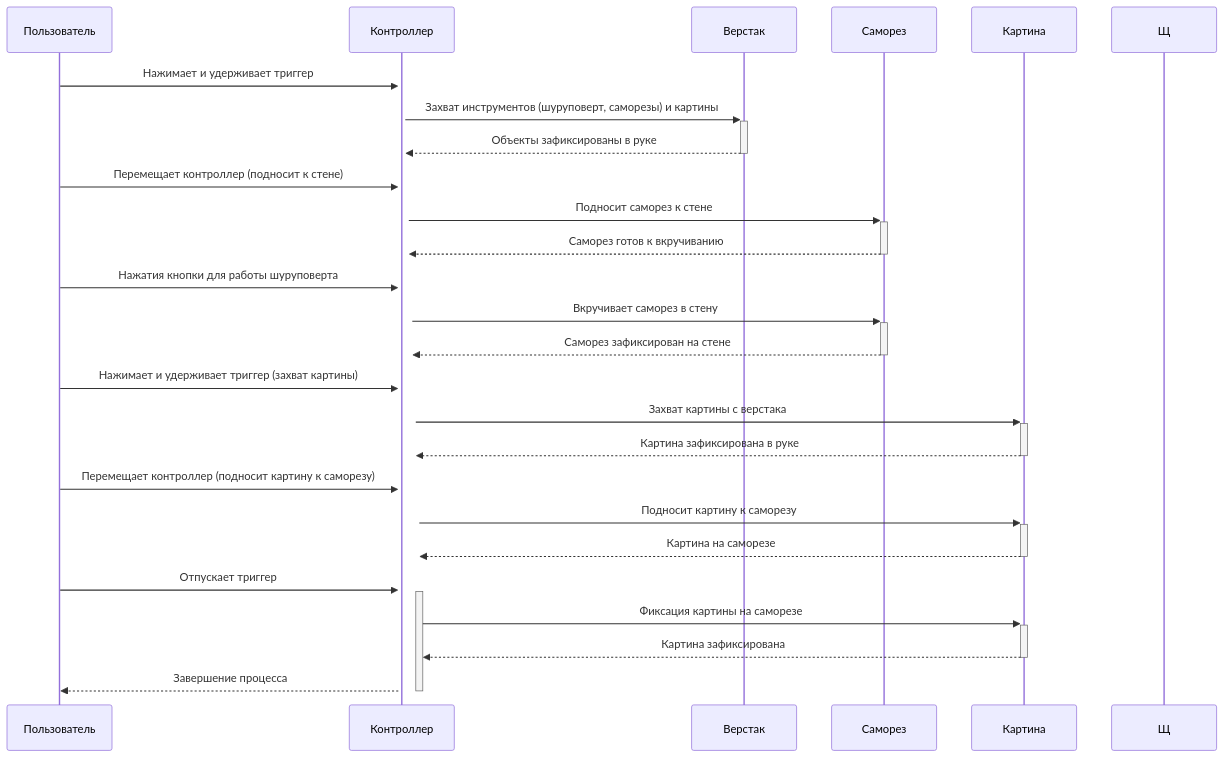
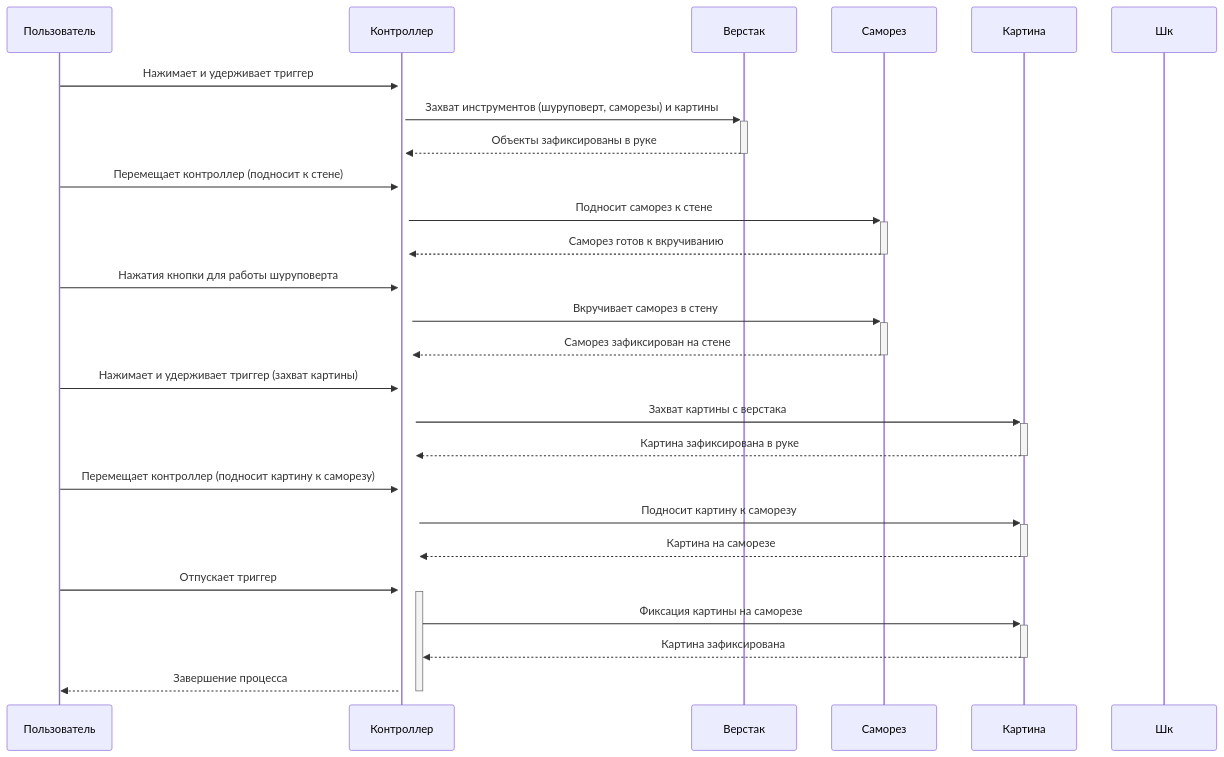
The diagram in all/не называться-1.md (NerdyCep/iodraw-files), drawn with Mermaid before and after one commit.

Commit message:
2025-02-25 18:25:20 update

````diff
--- a/all/не называться-1.md
+++ b/all/не называться-1.md
@@ -1,29 +1,29 @@
 ```mermaid
 sequenceDiagram
     participant Пользователь
     participant Контроллер
     participant Верстак
     participant Саморез
     participant Картина
-     participant Щ
+     participant Шк
 
     Пользователь->>+Контроллер: Нажимает и удерживает триггер
     Контроллер->>+Верстак: Захват инструментов (шуруповерт, саморезы) и картины
     Верстак-->>-Контроллер: Объекты зафиксированы в руке
     Пользователь->>+Контроллер: Перемещает контроллер (подносит к стене)
     Контроллер->>+Саморез: Подносит саморез к стене
     Саморез-->>-Контроллер: Саморез готов к вкручиванию
     Пользователь->>+Контроллер: Нажатия кнопки для работы шуруповерта
     Контроллер->>+Саморез: Вкручивает саморез в стену
     Саморез-->>-Контроллер: Саморез зафиксирован на стене
     Пользователь->>+Контроллер: Нажимает и удерживает триггер (захват картины)
     Контроллер->>+Картина: Захват картины с верстака
     Картина-->>-Контроллер: Картина зафиксирована в руке
     Пользователь->>+Контроллер: Перемещает контроллер (подносит картину к саморезу)
     Контроллер->>+Картина: Подносит картину к саморезу
     Картина-->>-Контроллер: Картина на саморезе
     Пользователь->>+Контроллер: Отпускает триггер
     Контроллер->>+Картина: Фиксация картины на саморезе
     Картина-->>-Контроллер: Картина зафиксирована
     Контроллер-->>-Пользователь: Завершение процесса
 ```
````
